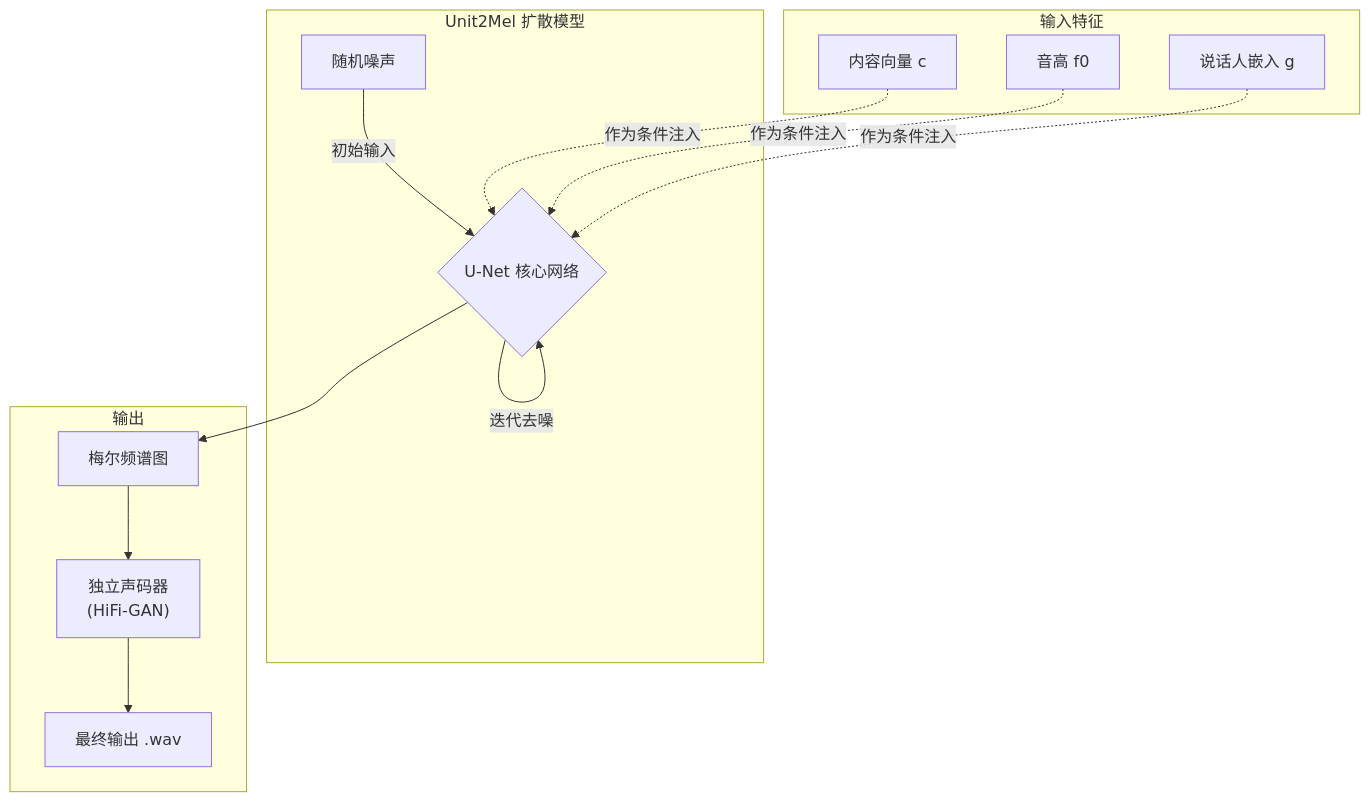
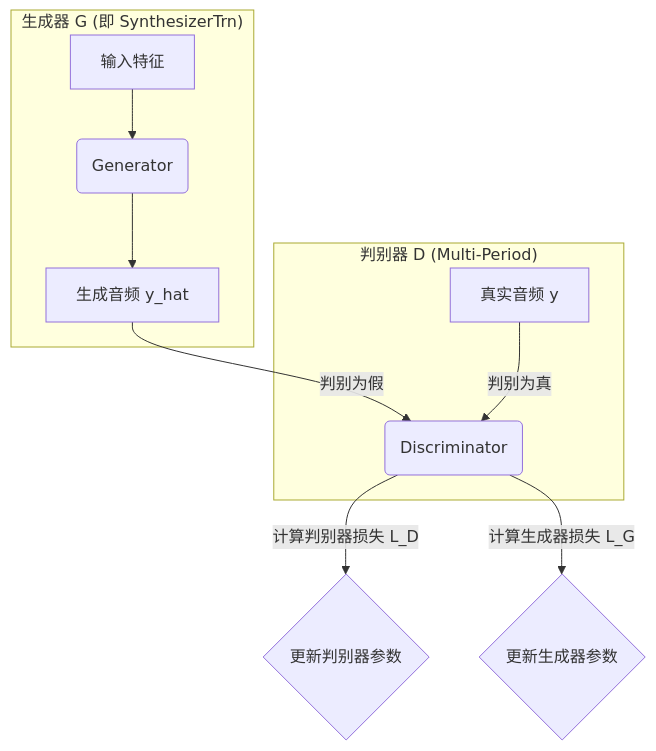
Before and after one commit to liqilun1008/sovitsvrc: the fifth of 5 diagrams in So-VITS-SVC 4.1 流程图与模型详解.md, drawn with Mermaid. The commit also changed other lines of this file, not shown here.

Commit message:
Update So-VITS-SVC 4.1 流程图与模型详解.md

````diff
--- a/So-VITS-SVC 4.1 流程图与模型详解.md
+++ b/So-VITS-SVC 4.1 流程图与模型详解.md
@@ -143,27 +149,18 @@
 ```mermaid
 graph TD
-    subgraph "输入特征"
-        A[内容向量 c];
-        B[音高 f0];
-        C[说话人嵌入 g];
+    subgraph "生成器 G (即 SynthesizerTrn)"
+        A[输入特征] --> B(Generator);
+        B --> C[生成音频 y_hat];
     end
-    
-    subgraph "Unit2Mel 扩散模型"
-        D[随机噪声];
-        E{U-Net 核心网络};
-        
-        D -- "初始输入" --> E;
-        E -- "迭代去噪" --> E;
-        A & B & C -.->|作为条件注入| E;
+
+    subgraph "判别器 D (Multi-Period)"
+        D[真实音频 y];
+        E(Discriminator);
     end
-    
-    subgraph "输出"
-        F[梅尔频谱图];
-        G["独立声码器<br>(HiFi-GAN)"];
-        H[最终输出 .wav];
-        
-        E --> F;
-        F --> G;
-        G --> H;
-    end
+
+    C -- "判别为假" --> E;
+    D -- "判别为真" --> E;
+
+    E -- "计算判别器损失 L_D" --> F{更新判别器参数};
+    E -- "计算生成器损失 L_G" --> G{更新生成器参数};
 ```
````
